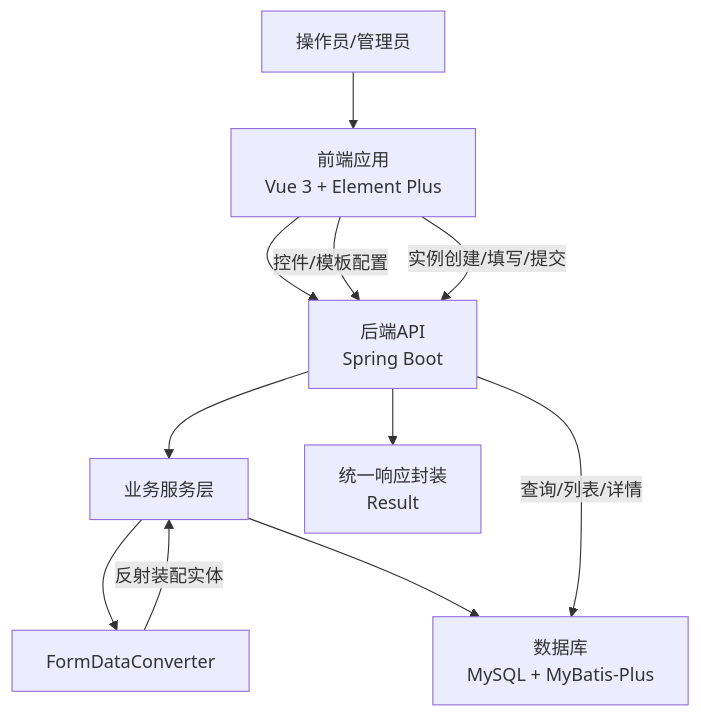
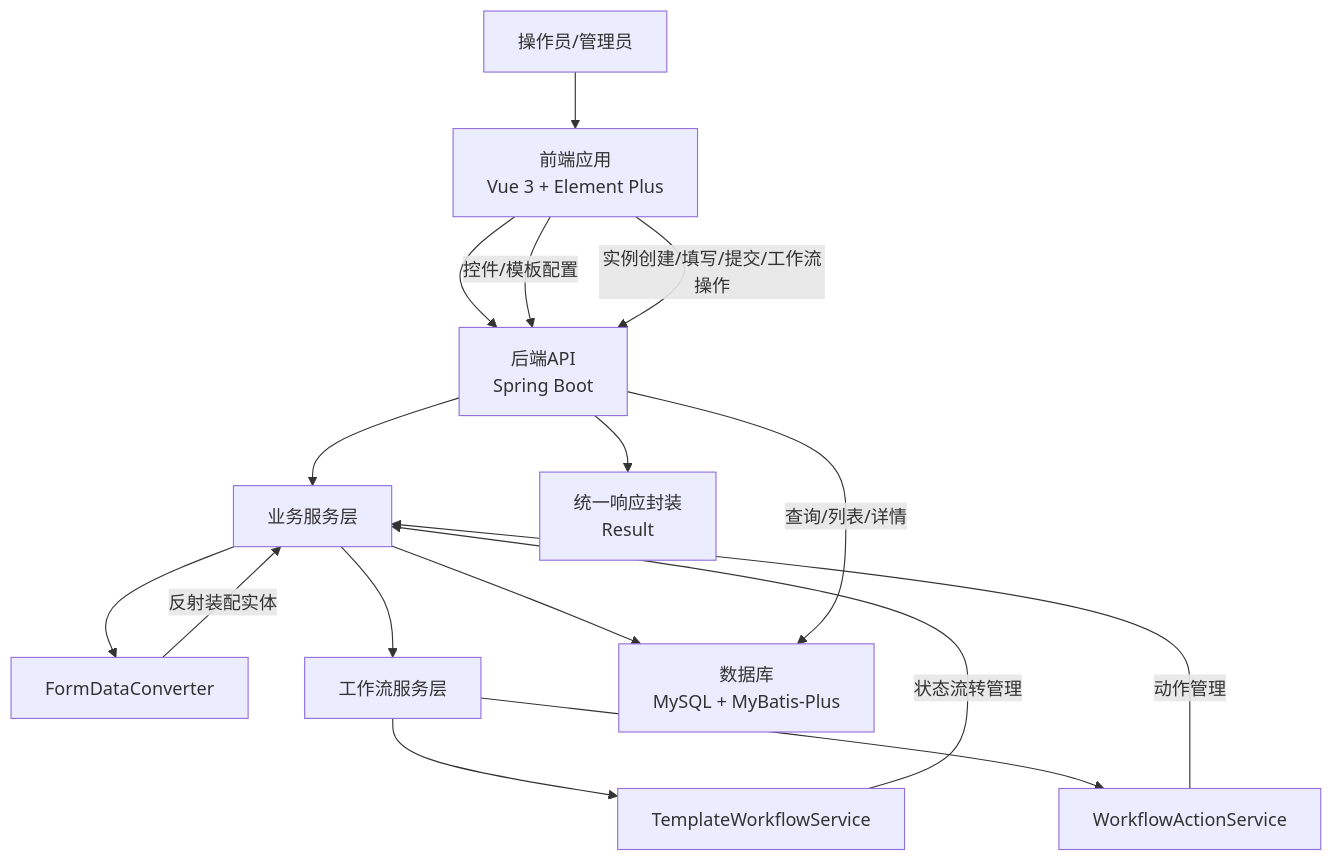
Before and after one commit to NJMrLi/genetics: the second of 12 diagrams in .qoder/repowiki/zh/content/核心业务逻辑/核心业务逻辑.md, drawn with Mermaid. The commit also changed other lines of this file and 21 other files, not shown here.

````diff
--- a/.qoder/repowiki/zh/content/核心业务逻辑/核心业务逻辑.md
+++ b/.qoder/repowiki/zh/content/核心业务逻辑/核心业务逻辑.md
@@ -91,13 +123,18 @@
 ```mermaid
 graph TB
 U["操作员/管理员"] --> FE["前端应用<br/>Vue 3 + Element Plus"]
 FE --> API["后端API<br/>Spring Boot"]
 API --> SVC["业务服务层"]
 SVC --> CONV["FormDataConverter"]
+SVC --> WF["工作流服务层"]
+WF --> TWS["TemplateWorkflowService"]
+WF --> WAS["WorkflowActionService"]
 SVC --> DB["数据库<br/>MySQL + MyBatis-Plus"]
 API --> RESP["统一响应封装<br/>Result"]
 FE --> |"控件/模板配置"| API
-FE --> |"实例创建/填写/提交"| API
+FE --> |"实例创建/填写/提交/工作流操作"| API
 API --> |"查询/列表/详情"| DB
 CONV --> |"反射装配实体"| SVC
+TWS --> |"状态流转管理"| SVC
+WAS --> |"动作管理"| SVC
 ```
````
